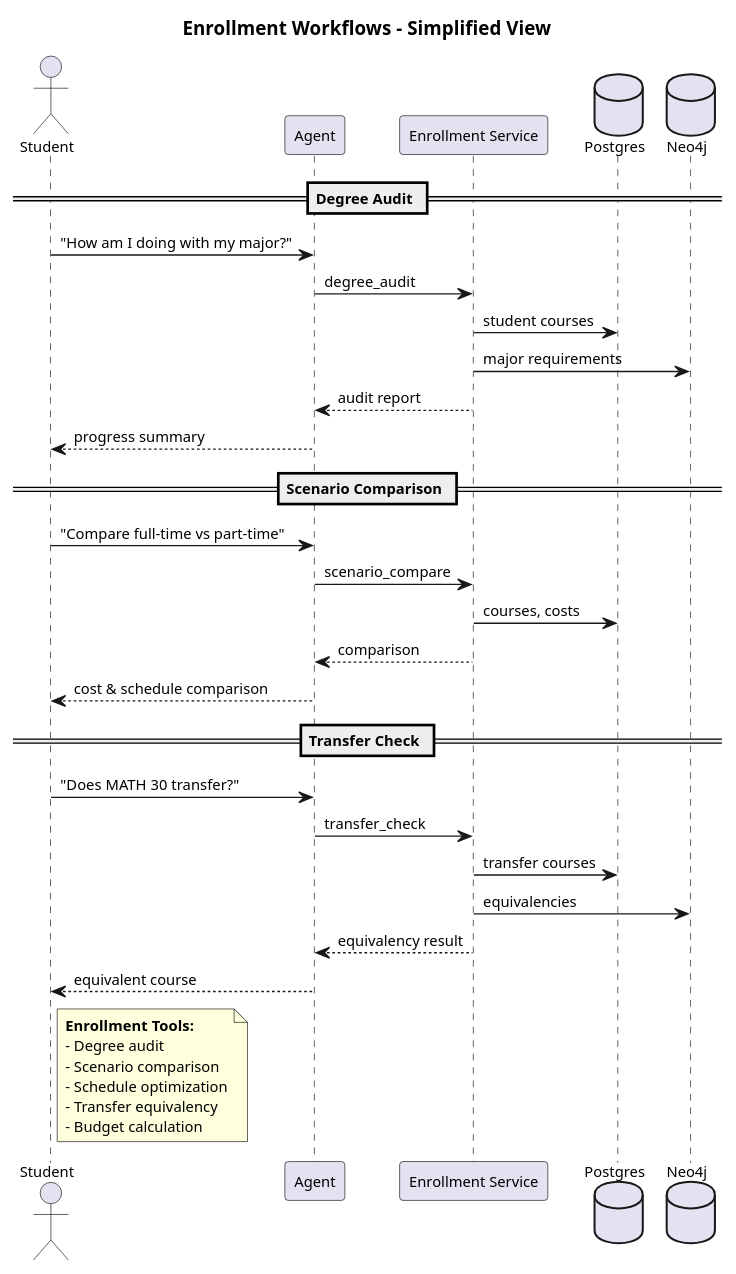
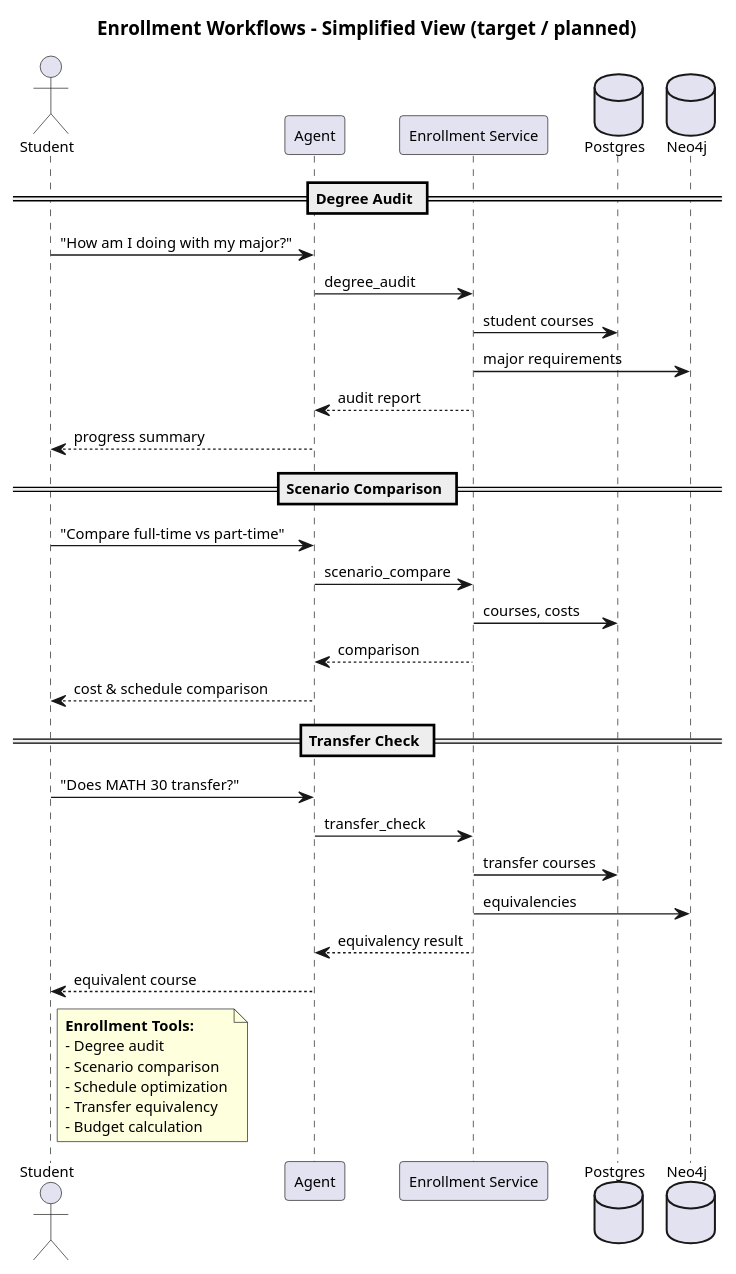
Before and after one commit to HenryNVP/enrollment-assistance: the diagram in docs/architecture/04_flows/A4_04_flow_enrollment_simple.puml, drawn with PlantUML. The commit also changed 42 other files, not shown here.

```diff
--- a/docs/architecture/04_flows/A4_04_flow_enrollment_simple.puml
+++ b/docs/architecture/04_flows/A4_04_flow_enrollment_simple.puml
@@ -1,46 +1,46 @@
 @startuml A4_04_flow_enrollment_simple
-title Enrollment Workflows – Simplified View
+title Enrollment Workflows – Simplified View (**target / planned**)
 
 skinparam shadowing false
 skinparam defaultFontName Arial
 skinparam defaultFontSize 11
 
 actor Student
 participant "Agent" as AGENT
 participant "Enrollment Service" as ENROLLMENT
 database "Postgres" as DB
 database "Neo4j" as NEO4J
 
 == Degree Audit ==
 Student -> AGENT : "How am I doing with my major?"
 AGENT -> ENROLLMENT : degree_audit
 ENROLLMENT -> DB : student courses
 ENROLLMENT -> NEO4J : major requirements
 ENROLLMENT --> AGENT : audit report
 AGENT --> Student : progress summary
 
 == Scenario Comparison ==
 Student -> AGENT : "Compare full-time vs part-time"
 AGENT -> ENROLLMENT : scenario_compare
 ENROLLMENT -> DB : courses, costs
 ENROLLMENT --> AGENT : comparison
 AGENT --> Student : cost & schedule comparison
 
 == Transfer Check ==
 Student -> AGENT : "Does MATH 30 transfer?"
 AGENT -> ENROLLMENT : transfer_check
 ENROLLMENT -> DB : transfer courses
 ENROLLMENT -> NEO4J : equivalencies
 ENROLLMENT --> AGENT : equivalency result
 AGENT --> Student : equivalent course
 
 note right of Student
 **Enrollment Tools:**
 - Degree audit
 - Scenario comparison
 - Schedule optimization
 - Transfer equivalency
 - Budget calculation
 end note
 
 @enduml
```
